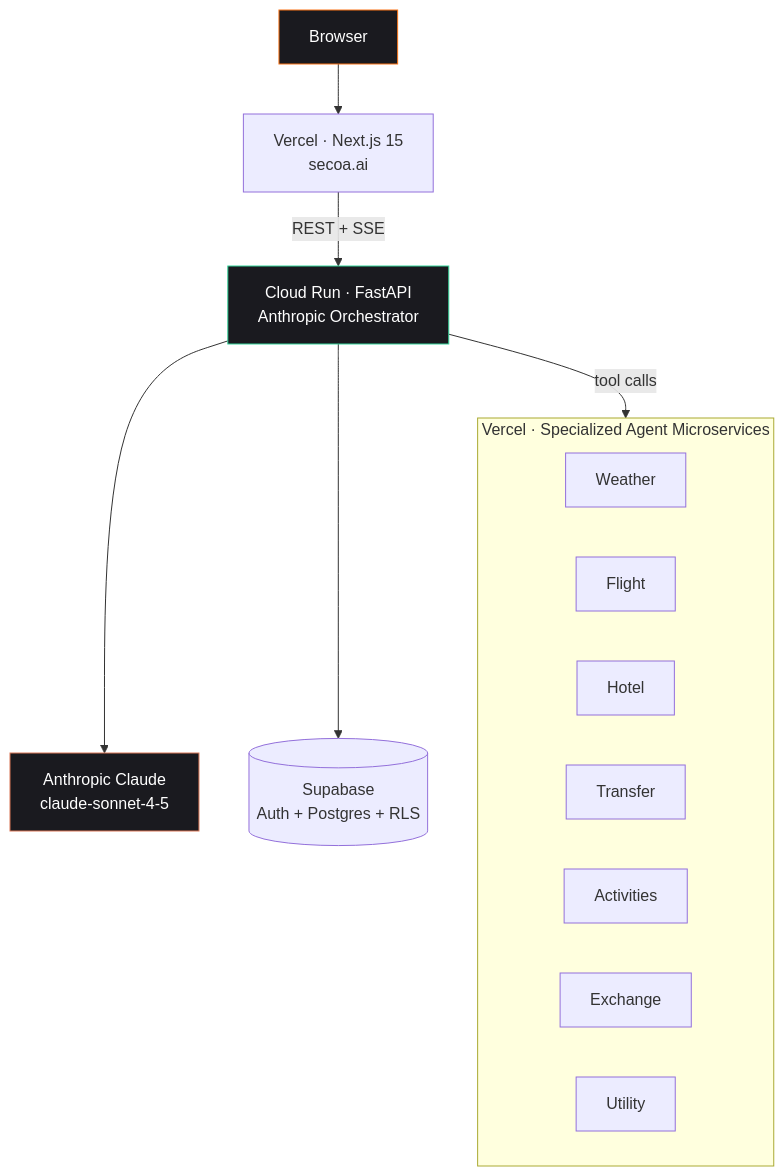
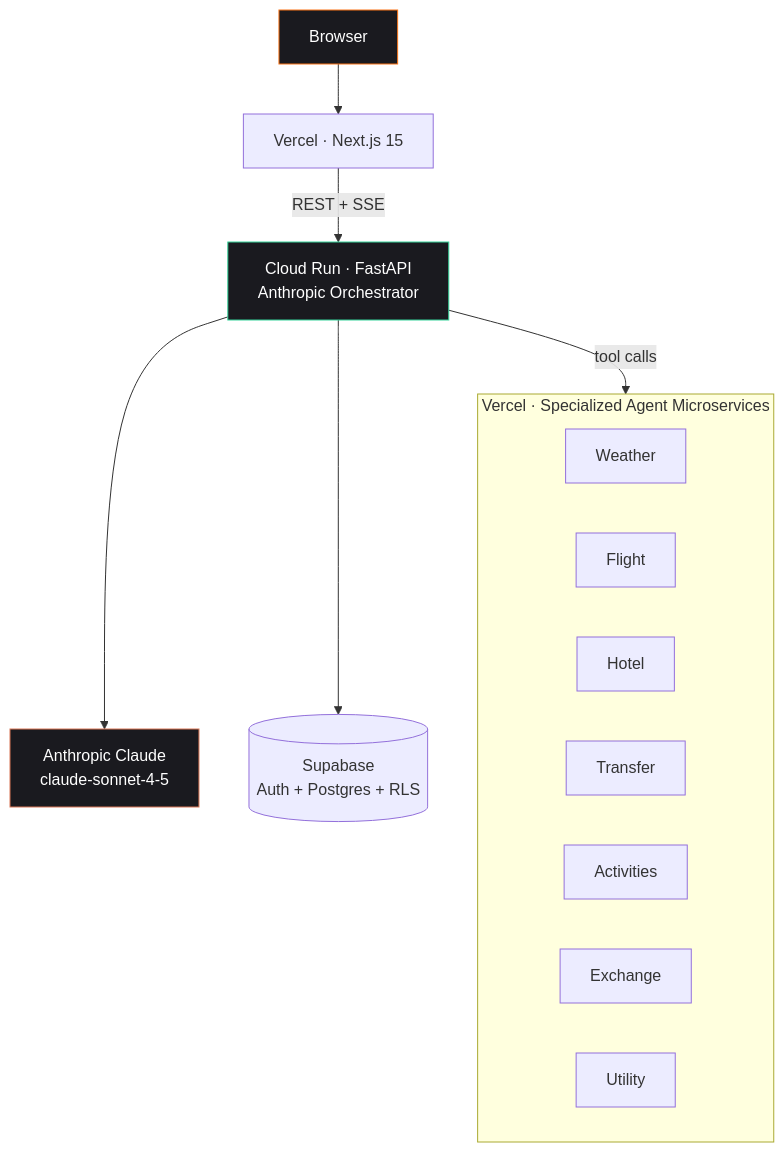
One commit to Comp491-aiku/senior-backend changed the diagram in README.md. Above: the diagram before and after it, drawn with Mermaid. The commit also changed other lines of this file, not shown here.

Commit message:
docs: remove stale secoa.ai live URL reference

````diff
--- a/README.md
+++ b/README.md
@@ -25,28 +24,28 @@
 ```mermaid
 flowchart TB
     User[Browser]
-    Frontend[Vercel · Next.js 15<br/>secoa.ai]
+    Frontend[Vercel · Next.js 15]
     Backend[Cloud Run · FastAPI<br/>Anthropic Orchestrator]
     Supabase[(Supabase<br/>Auth + Postgres + RLS)]
     Claude[Anthropic Claude<br/>claude-sonnet-4-5]
 
     subgraph Agents[Vercel · Specialized Agent Microservices]
       Weather[Weather]
       Flight[Flight]
       Hotel[Hotel]
       Transfer[Transfer]
       Activity[Activities]
       Exchange[Exchange]
       Utility[Utility]
     end
 
     User --> Frontend
     Frontend -->|REST + SSE| Backend
     Backend --> Claude
     Backend --> Supabase
     Backend -->|tool calls| Agents
 
     style User fill:#1a1a1f,stroke:#f97316,color:#fff
     style Backend fill:#1a1a1f,stroke:#34d399,color:#fff
     style Claude fill:#1a1a1f,stroke:#D97757,color:#fff
 ```
````
